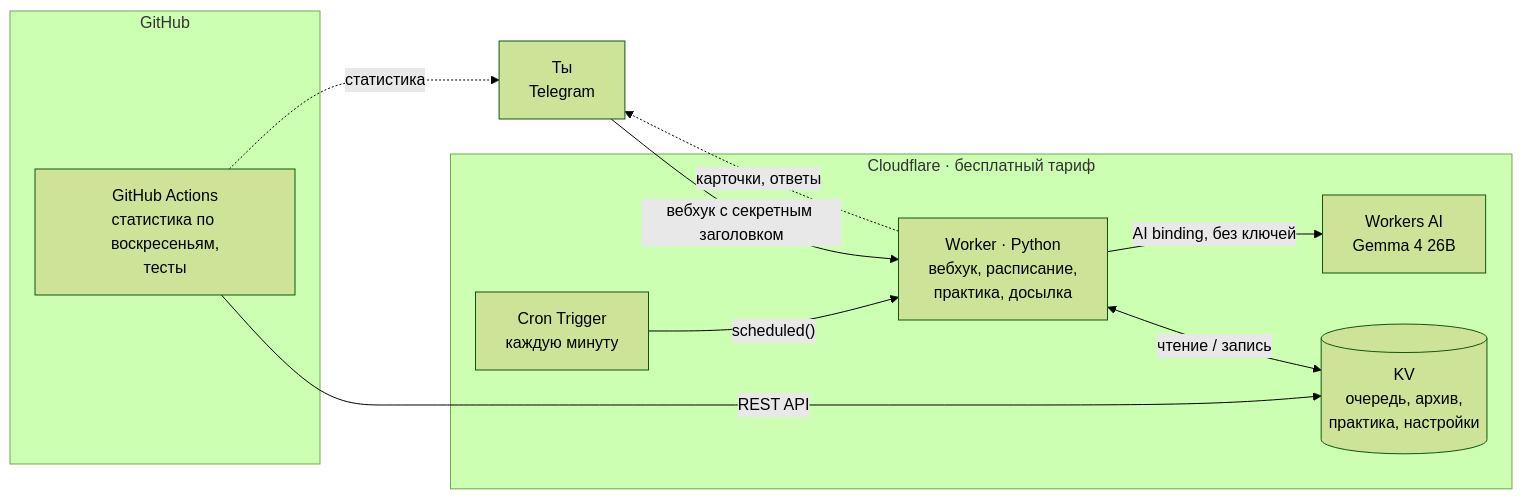
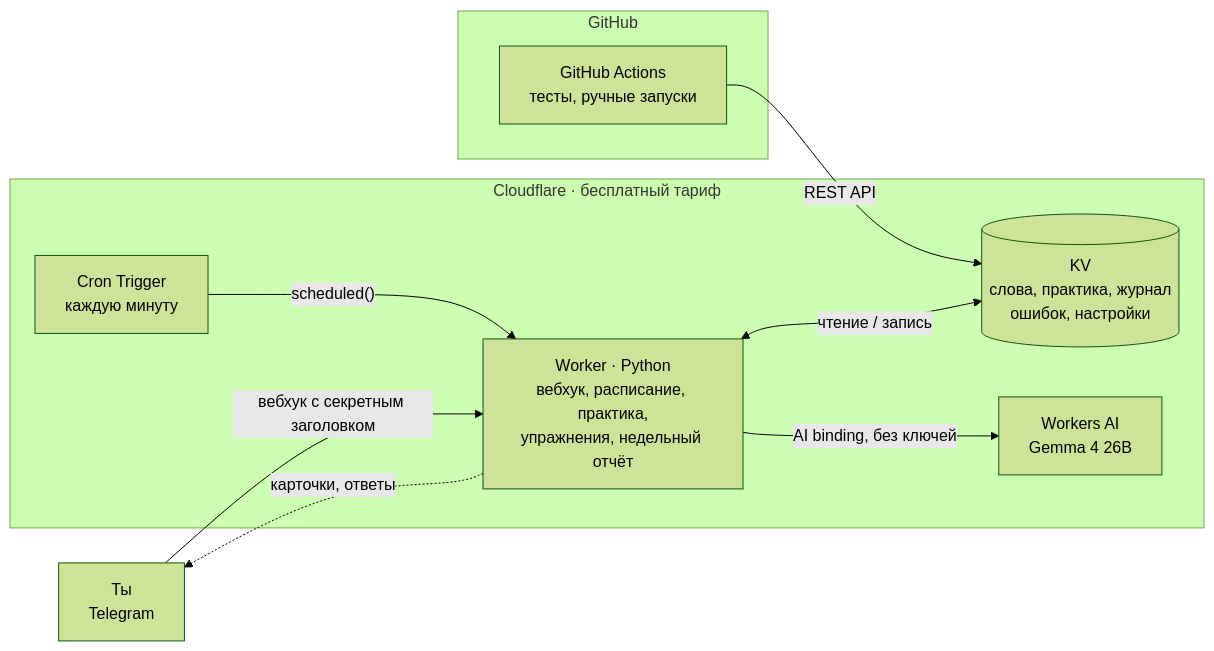
The diagram in README.md (1abobik1/VocabTGBot), drawn with Mermaid (forest theme) before and after one commit. The commit also changed other lines of this file and 10 other files, not shown here.

````diff
--- a/README.md
+++ b/README.md
@@ -19,20 +19,19 @@
 ```mermaid
 flowchart LR
     U[Ты<br/>Telegram]
     subgraph CF [Cloudflare · бесплатный тариф]
       C[Cron Trigger<br/>каждую минуту]
-      W[Worker · Python<br/>вебхук, расписание,<br/>практика, досылка]
+      W[Worker · Python<br/>вебхук, расписание, практика,<br/>упражнения, недельный отчёт]
       AI[Workers AI<br/>Gemma 4 26B]
-      KV[(KV<br/>очередь, архив,<br/>практика, настройки)]
+      KV[(KV<br/>слова, практика, журнал<br/>ошибок, настройки)]
     end
     subgraph GH [GitHub]
-      A[GitHub Actions<br/>статистика по воскресеньям,<br/>тесты]
+      A[GitHub Actions<br/>тесты, ручные запуски]
     end
     U -- "вебхук с секретным заголовком" --> W
     W -. "карточки, ответы" .-> U
     C -- "scheduled()" --> W
     W <-- "чтение / запись" --> KV
     W -- "AI binding, без ключей" --> AI
     A -- "REST API" --> KV
-    A -. "статистика" .-> U
 ```
````
